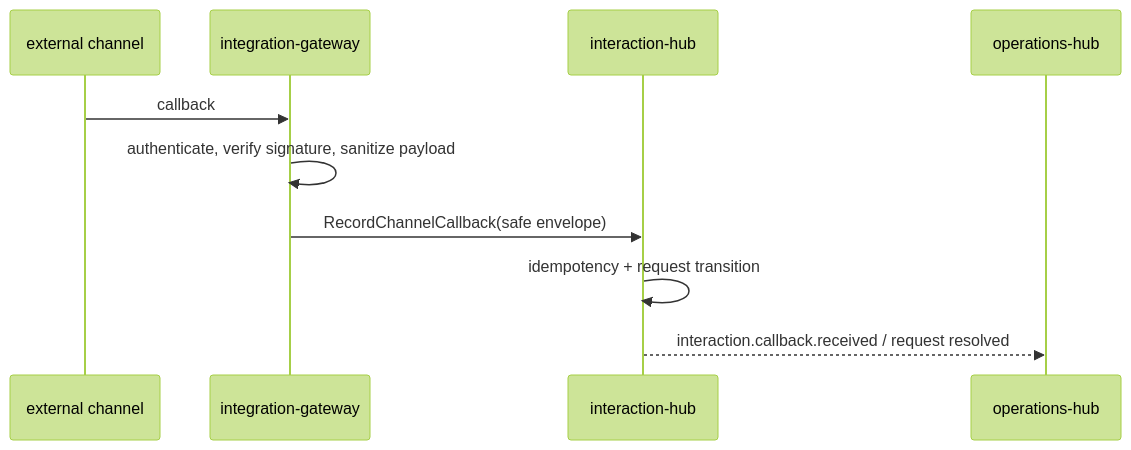
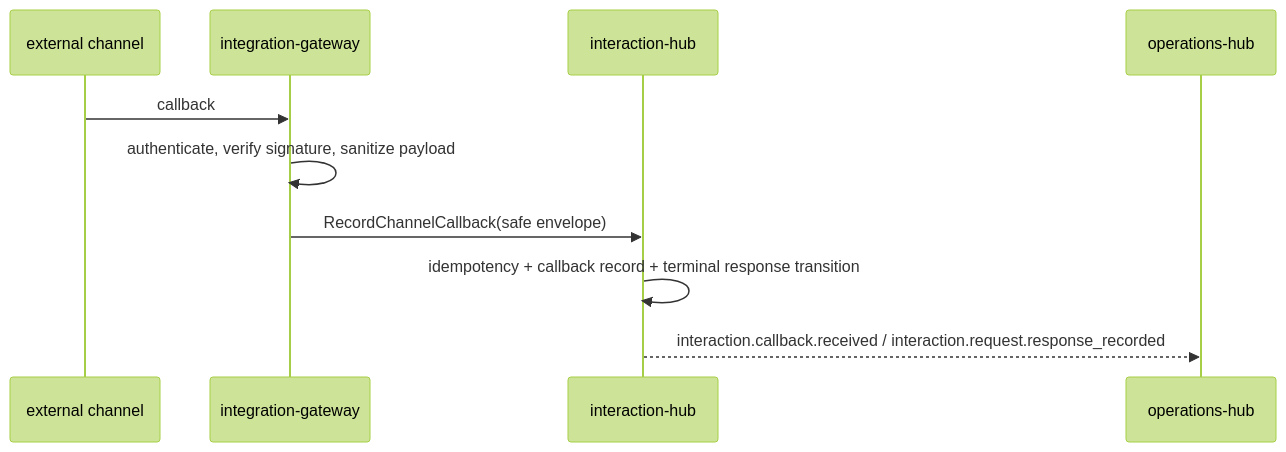
The fourth of 4 diagrams in docs/domains/interaction-hub/architecture/design.md (codex-k8s/kodex), drawn with Mermaid (forest theme) before and after one commit. The commit also changed other lines of this file and 17 other files, not shown here.

Commit message:
Implement interaction callback request resolution

````diff
--- a/docs/domains/interaction-hub/architecture/design.md
+++ b/docs/domains/interaction-hub/architecture/design.md
@@ -156,12 +156,12 @@
 ```mermaid
 sequenceDiagram
   participant External as external channel
   participant GW as integration-gateway
   participant IH as interaction-hub
   participant Ops as operations-hub
   External->>GW: callback
   GW->>GW: authenticate, verify signature, sanitize payload
   GW->>IH: RecordChannelCallback(safe envelope)
-  IH->>IH: idempotency + request transition
-  IH-->>Ops: interaction.callback.received / request resolved
+  IH->>IH: idempotency + callback record + terminal response transition
+  IH-->>Ops: interaction.callback.received / interaction.request.response_recorded
 ```
````
